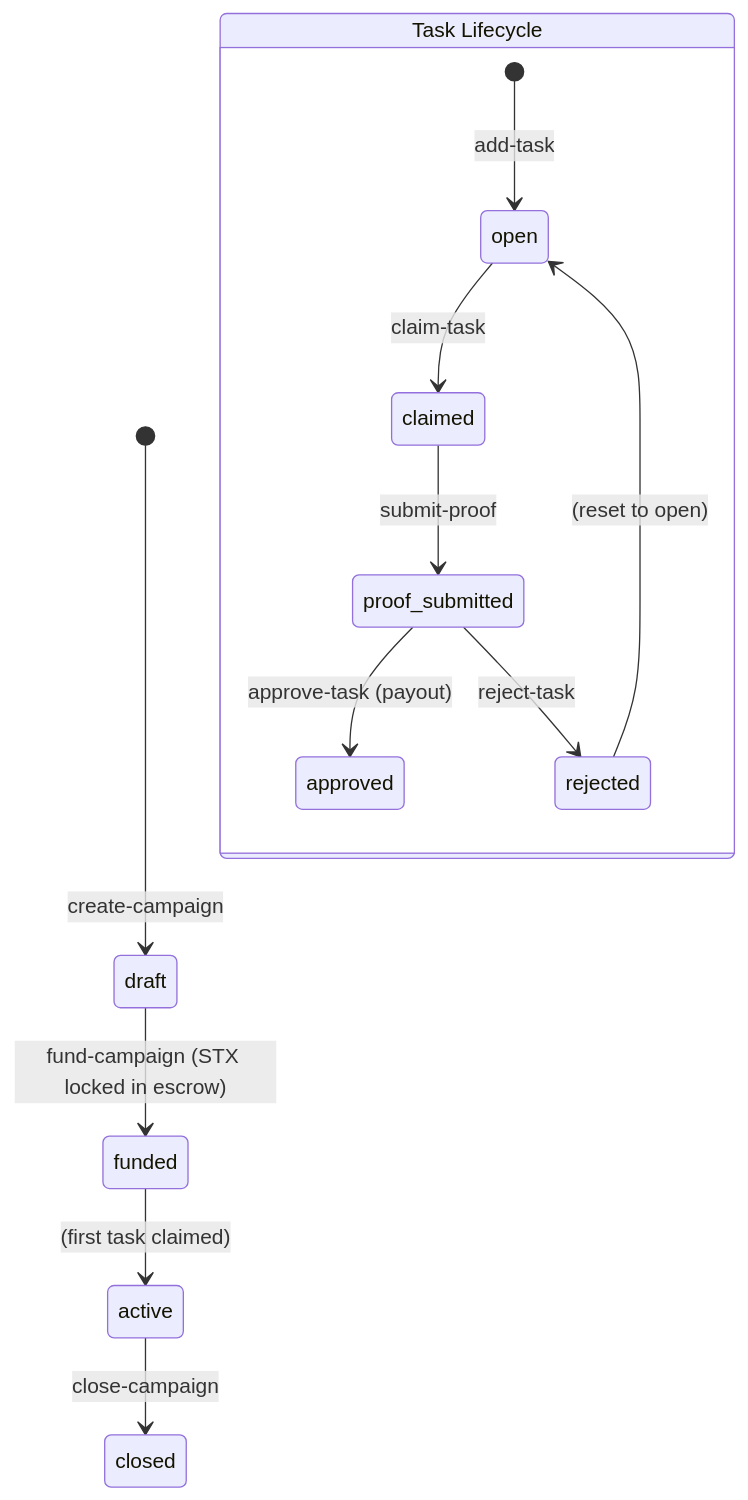
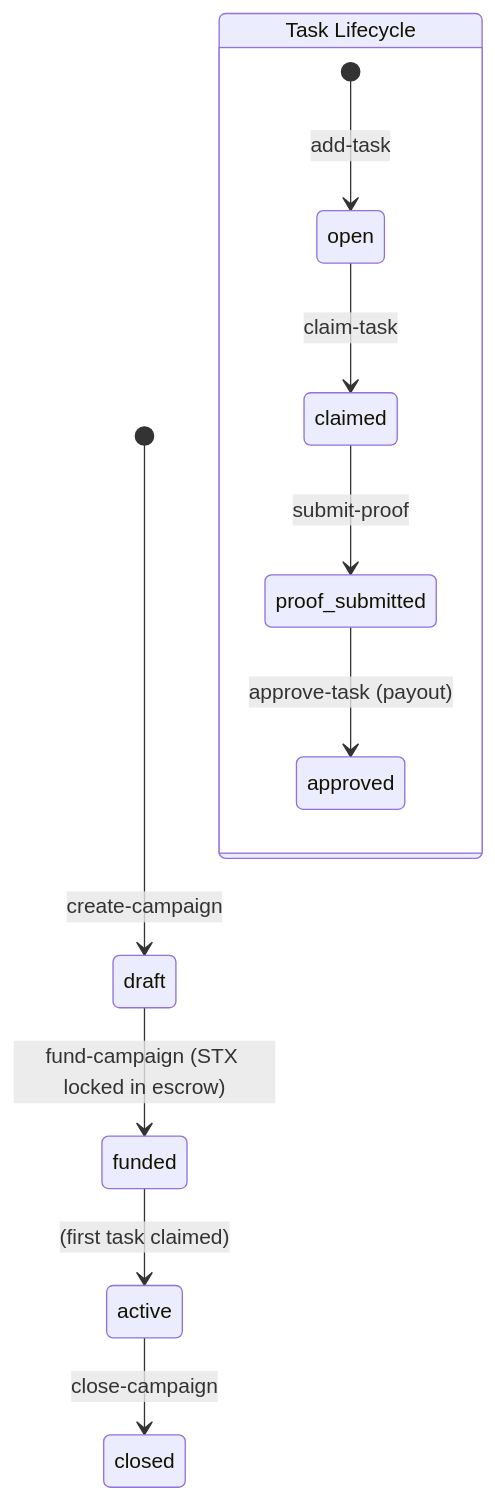
Before and after one commit to unclekaldoteth/ThesisRail: the second of 2 diagrams in README.md, drawn with Mermaid. The commit also changed other lines of this file and 7 other files, not shown here.

````diff
--- a/README.md
+++ b/README.md
@@ -93,16 +92,14 @@
 ```mermaid
 stateDiagram-v2
     [*] --> draft : create-campaign
     draft --> funded : fund-campaign (STX locked in escrow)
     funded --> active : (first task claimed)
     active --> closed : close-campaign
 
     state "Task Lifecycle" as TL {
         [*] --> open : add-task
         open --> claimed : claim-task
         claimed --> proof_submitted : submit-proof
         proof_submitted --> approved : approve-task (payout)
-        proof_submitted --> rejected : reject-task
-        rejected --> open : (reset to open)
     }
 ```
````
